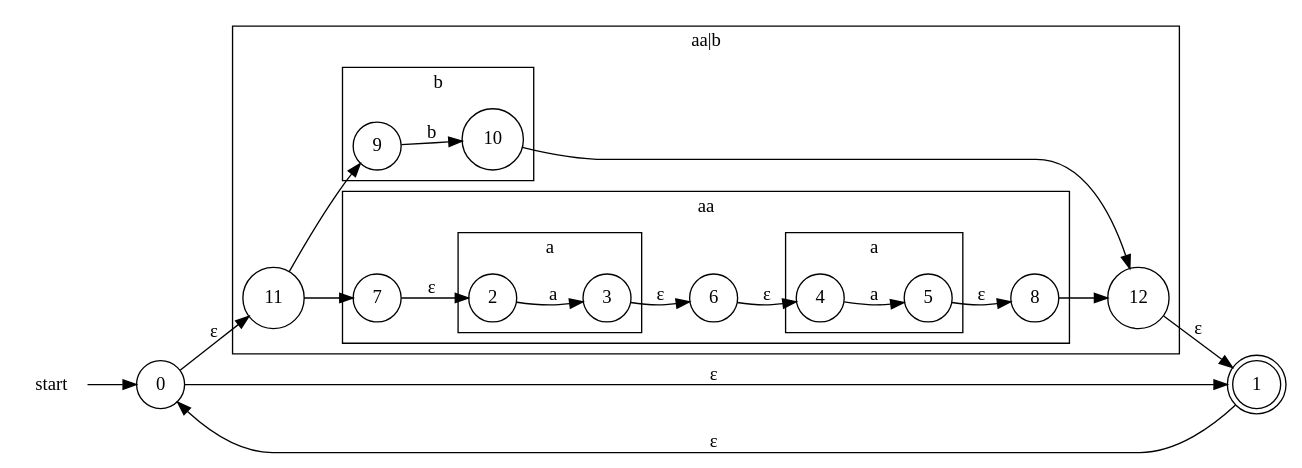
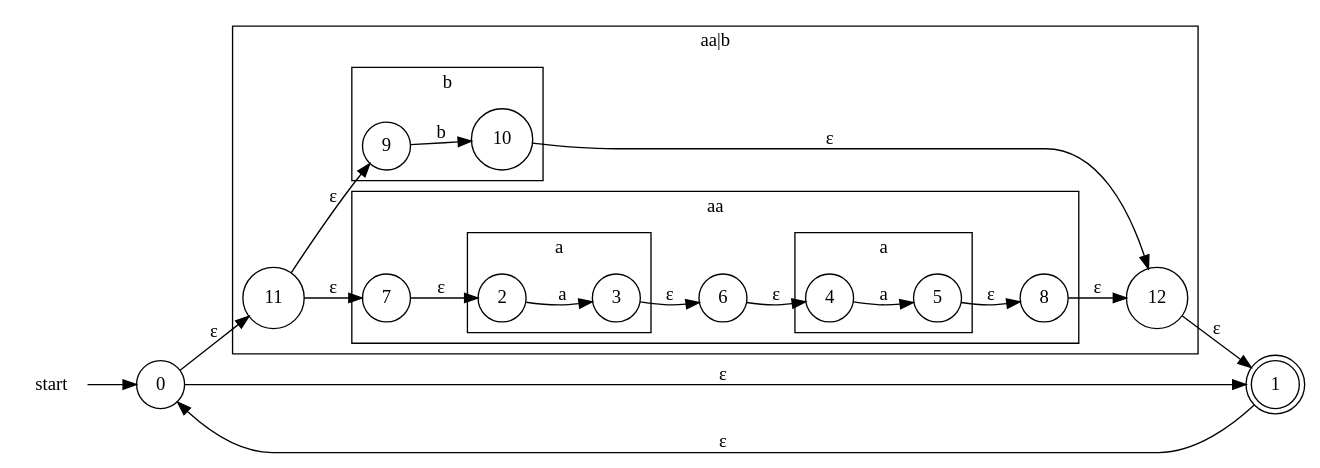
One commit to Lotes/how-to-build-a-lexer changed the diagram in docs/5-nfa-example.gv. Above: the diagram before and after it, drawn with Graphviz. The commit also changed 12 other files, not shown here.

Commit message:
add diagrams

```diff
--- a/docs/5-nfa-example.gv
+++ b/docs/5-nfa-example.gv
@@ -1,41 +1,41 @@
 digraph G {
-  rankdir=LR;
+  title="(aa|b)*"
+  rankdir=LR
   node [shape=circle]
   start [shape=none]
   0
   1 [shape=doublecircle]
-  
   subgraph cluster4 {
-      label="aa|b"
-  subgraph cluster2 {
-       label="aa"
-  subgraph cluster0 {
-      label="a"
-      rankdir=LR;
-      2 -> 3 [label="a"]
+    label="aa|b"
+    subgraph cluster2 {
+      label="aa"
+      subgraph cluster0 {
+        label="a"
+        rankdir=LR;
+        2 -> 3 [label="a"]
+      }
+      subgraph cluster1 {
+        label="a"
+        rankdir=LR
+        4 -> 5 [label="a"]
+      }
+      3 -> 6 [label="&epsilon;"]
+      6 -> 4 [label="&epsilon;"]
+      7 -> 2 [label="&epsilon;"]
+      5 -> 8 [label="&epsilon;"]
+    }
+    subgraph cluster3 {
+      label="b"
+      9 -> 10 [label="b"]
+    }
+    11 ->  7 [label="&epsilon;"]
+    11 ->  9 [label="&epsilon;"]
+    10 -> 12 [label="&epsilon;"]
+     8 -> 12 [label="&epsilon;"]
   }
-  subgraph cluster1 {
-      label="a"
-      rankdir=LR
-      4 -> 5 [label="a"]
-  }
-  3 -> 6 [label="&epsilon;"]
-  6 -> 4 [label="&epsilon;"]
-  7 -> 2 [label="&epsilon;"]
-  5 -> 8 [label="&epsilon;"]
-  }
-  subgraph cluster3 {
-    label="b"
-    9 -> 10 [label="b"]
-  }
-  11 -> 7
-  11 -> 9
-  10 -> 12
-  8 -> 12
-  }
-  start -> 0 [label=""]
+  start -> 0
   0 -> 11 [label="&epsilon;"]
-  0 -> 1 [label="&epsilon;"]
-  1 -> 0 [label="&epsilon;"]
+  0 ->  1 [label="&epsilon;"]
+  1 ->  0 [label="&epsilon;"]
   12 -> 1 [label="&epsilon;"]
 }
```
